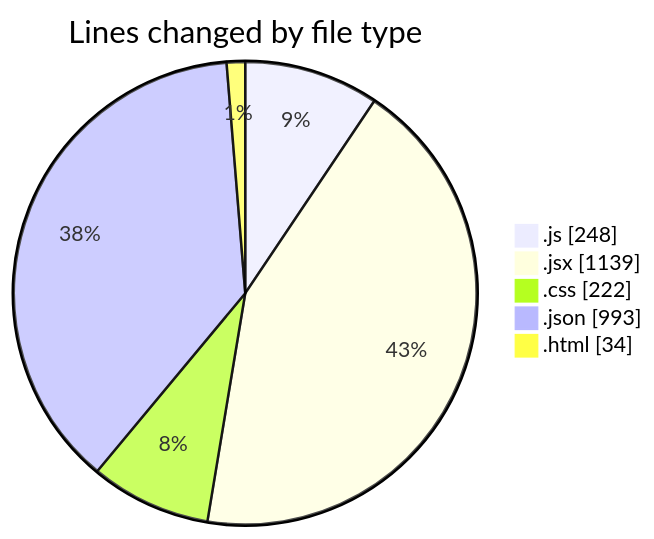
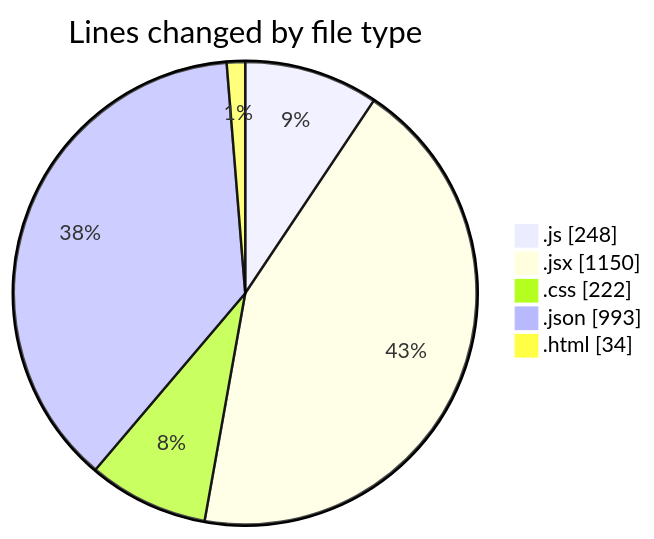
The first of 2 diagrams in 2025-07-01/urlwebwalatask/README.md (Ritupan-Deka/code-tracking), drawn with Mermaid before and after one commit. The commit also changed other lines of this file and 1 other file, not shown here.

````diff
--- a/2025-07-01/urlwebwalatask/README.md
+++ b/2025-07-01/urlwebwalatask/README.md
@@ -31,9 +31,9 @@
 ```mermaid
 pie showData
 title Lines changed by file type
 ".js" : 248
-".jsx" : 1139
+".jsx" : 1150
 ".css" : 222
 ".json" : 993
 ".html" : 34
 ```
````
